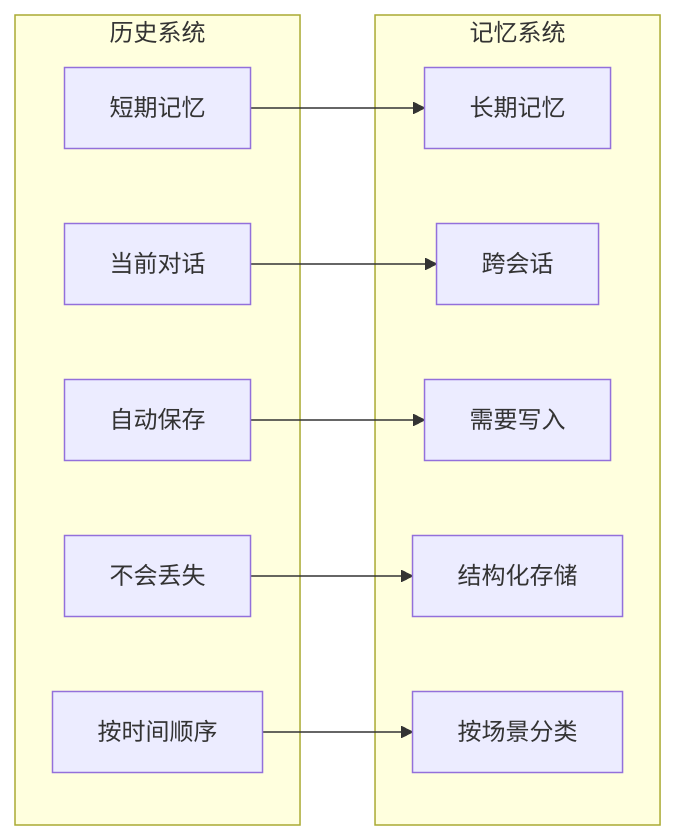
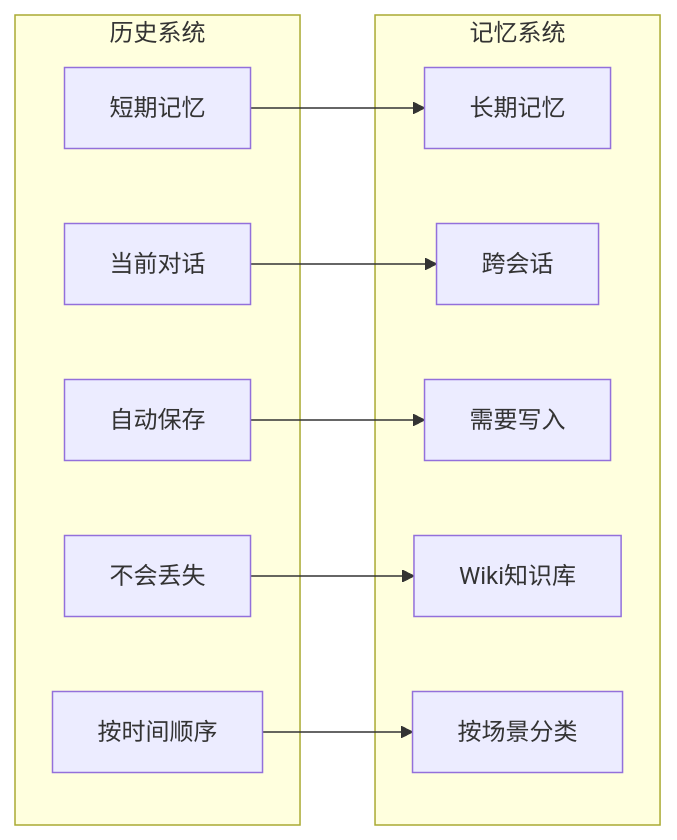
Before and after one commit to yeheng/nanobot-rs: the eighth of 12 diagrams in docs/memory-history.md, drawn with Mermaid. The commit also changed other lines of this file and 57 other files, not shown here.

````diff
--- a/docs/memory-history.md
+++ b/docs/memory-history.md
@@ -236,24 +247,24 @@
 ```mermaid
 graph LR
     subgraph 历史系统
         H1[短期记忆]
         H2[当前对话]
         H3[自动保存]
         H4[不会丢失]
         H5[按时间顺序]
     end
     
     subgraph 记忆系统
         M1[长期记忆]
         M2[跨会话]
         M3[需要写入]
-        M4[结构化存储]
+        M4[Wiki知识库]
         M5[按场景分类]
     end
     
     H1 --> M1
     H2 --> M2
     H3 --> M3
     H4 --> M4
     H5 --> M5
 ```
````
